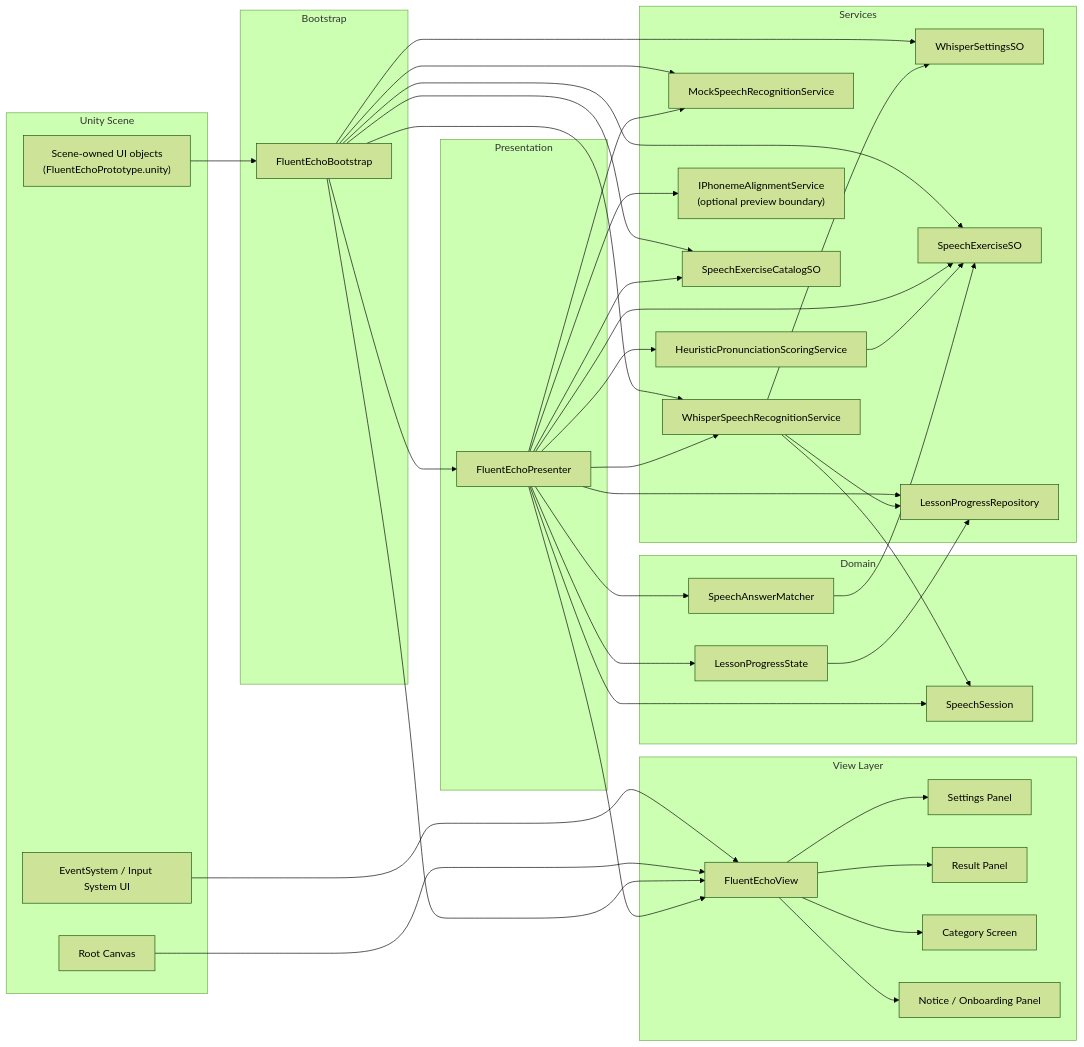
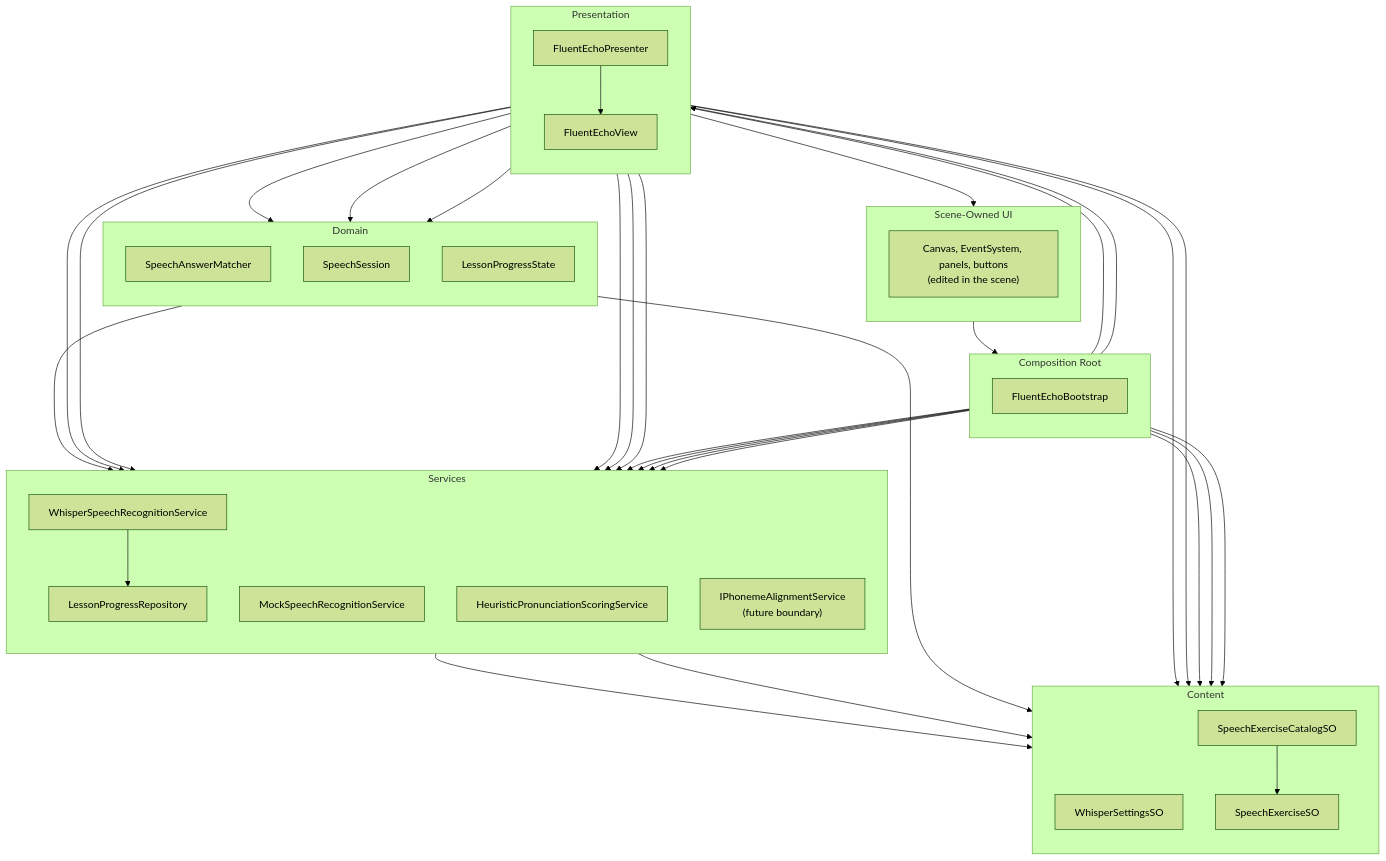
Before and after one commit to kirillmakarov-dev/Fluent-Echo: the diagram in Fluent-Echo/Assets/_FluentEcho/Docs/DEPENDENCY_MAP.md, drawn with Mermaid (forest theme). The commit also changed other lines of this file and 1 other file, not shown here.

Commit message:
align docs tone and structure

````diff
--- a/Fluent-Echo/Assets/_FluentEcho/Docs/DEPENDENCY_MAP.md
+++ b/Fluent-Echo/Assets/_FluentEcho/Docs/DEPENDENCY_MAP.md
@@ -16,77 +16,72 @@
 ```mermaid
-flowchart LR
-    subgraph Scene["Unity Scene"]
-        SceneObjects["Scene-owned UI objects\n(FluentEchoPrototype.unity)"]
-        EventSystem["EventSystem / Input System UI"]
-        Canvas["Root Canvas"]
+flowchart TB
+    subgraph Scene["Scene-Owned UI"]
+        direction TB
+        SceneObjects["Canvas, EventSystem, panels, buttons\n(edited in the scene)"]
     end
 
-    subgraph Bootstrap["Bootstrap"]
+    subgraph Bootstrap["Composition Root"]
+        direction TB
         Bootstrapper["FluentEchoBootstrap"]
     end
 
-    subgraph View["View Layer"]
-        FluentEchoView["FluentEchoView"]
-        SettingsPanel["Settings Panel"]
-        ResultPanel["Result Panel"]
-        CategoryScreen["Category Screen"]
-        NoticePanel["Notice / Onboarding Panel"]
-    end
-
     subgraph Presentation["Presentation"]
+        direction TB
         Presenter["FluentEchoPresenter"]
+        View["FluentEchoView"]
     end
 
     subgraph Domain["Domain"]
+        direction TB
         Matcher["SpeechAnswerMatcher"]
         Session["SpeechSession"]
         Progress["LessonProgressState"]
     end
 
     subgraph Services["Services"]
+        direction TB
         Whisper["WhisperSpeechRecognitionService"]
         Mock["MockSpeechRecognitionService"]
         Scoring["HeuristicPronunciationScoringService"]
-        Alignment["IPhonemeAlignmentService\n(optional preview boundary)"]
+        Alignment["IPhonemeAlignmentService\n(future boundary)"]
+        Repository["LessonProgressRepository"]
+    end
+
+    subgraph Content["Content"]
+        direction TB
         Settings["WhisperSettingsSO"]
         Catalog["SpeechExerciseCatalogSO"]
         Exercise["SpeechExerciseSO"]
-        Repository["LessonProgressRepository"]
     end
 
     SceneObjects --> Bootstrapper
-    EventSystem --> FluentEchoView
-    Canvas --> FluentEchoView
-
     Bootstrapper --> Presenter
+    Bootstrapper --> View
     Bootstrapper --> Settings
     Bootstrapper --> Catalog
     Bootstrapper --> Exercise
     Bootstrapper --> Whisper
     Bootstrapper --> Mock
-    Bootstrapper --> FluentEchoView
+    Bootstrapper --> Scoring
+    Bootstrapper --> Repository
 
+    Presenter --> View
     Presenter --> Matcher
     Presenter --> Session
     Presenter --> Progress
     Presenter --> Whisper
     Presenter --> Mock
     Presenter --> Scoring
     Presenter --> Alignment
     Presenter --> Catalog
     Presenter --> Exercise
     Presenter --> Repository
-    Presenter --> FluentEchoView
 
-    FluentEchoView --> SettingsPanel
-    FluentEchoView --> ResultPanel
-    FluentEchoView --> CategoryScreen
-    FluentEchoView --> NoticePanel
-
-    Whisper --> Session
+    View --> SceneObjects
+    Matcher --> Exercise
+    Scoring --> Exercise
     Whisper --> Settings
     Whisper --> Repository
-    Scoring --> Exercise
-    Matcher --> Exercise
     Progress --> Repository
+    Catalog --> Exercise
 ```
````
